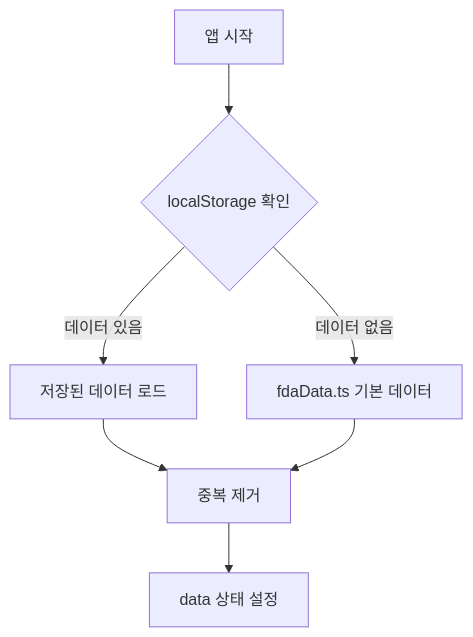
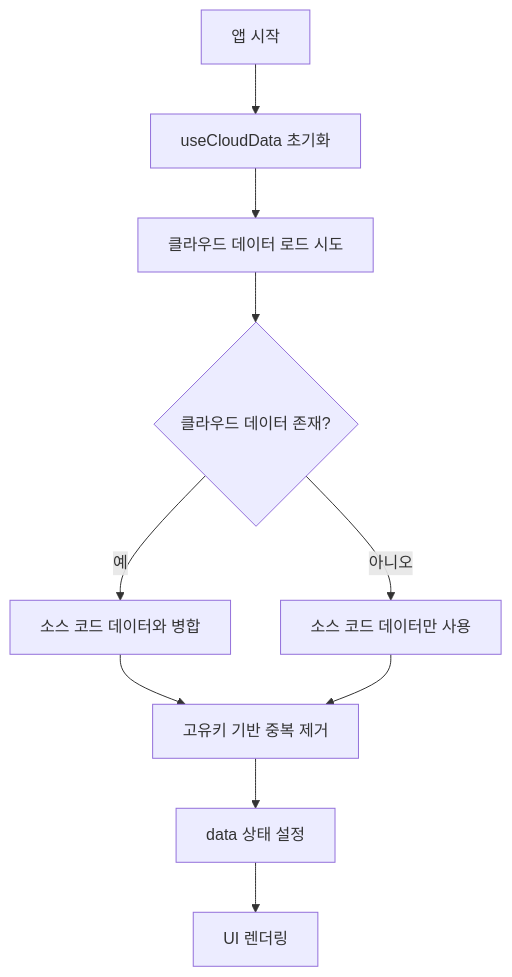
The third of 4 diagrams in docs/DASHBOARD_IMPLEMENTATION.md (Lucy1315/us-fda-approval), drawn with Mermaid before and after one commit. The commit also changed other lines of this file and 1 other file, not shown here.

````diff
--- a/docs/DASHBOARD_IMPLEMENTATION.md
+++ b/docs/DASHBOARD_IMPLEMENTATION.md
@@ -174,9 +218,15 @@
 ```mermaid
 graph TD
-    A[앱 시작] --> B{localStorage 확인}
-    B -->|데이터 있음| C[저장된 데이터 로드]
-    B -->|데이터 없음| D[fdaData.ts 기본 데이터]
-    C --> E[중복 제거]
-    D --> E
-    E --> F[data 상태 설정]
+    A[앱 시작] --> B[useCloudData 초기화]
+    B --> C[클라우드 데이터 로드 시도]
+    C --> D{클라우드 데이터 존재?}
+    
+    D -->|예| E[소스 코드 데이터와 병합]
+    D -->|아니오| F[소스 코드 데이터만 사용]
+    
+    E --> G[고유키 기반 중복 제거]
+    F --> G
+    
+    G --> H[data 상태 설정]
+    H --> I[UI 렌더링]
 ```
````
